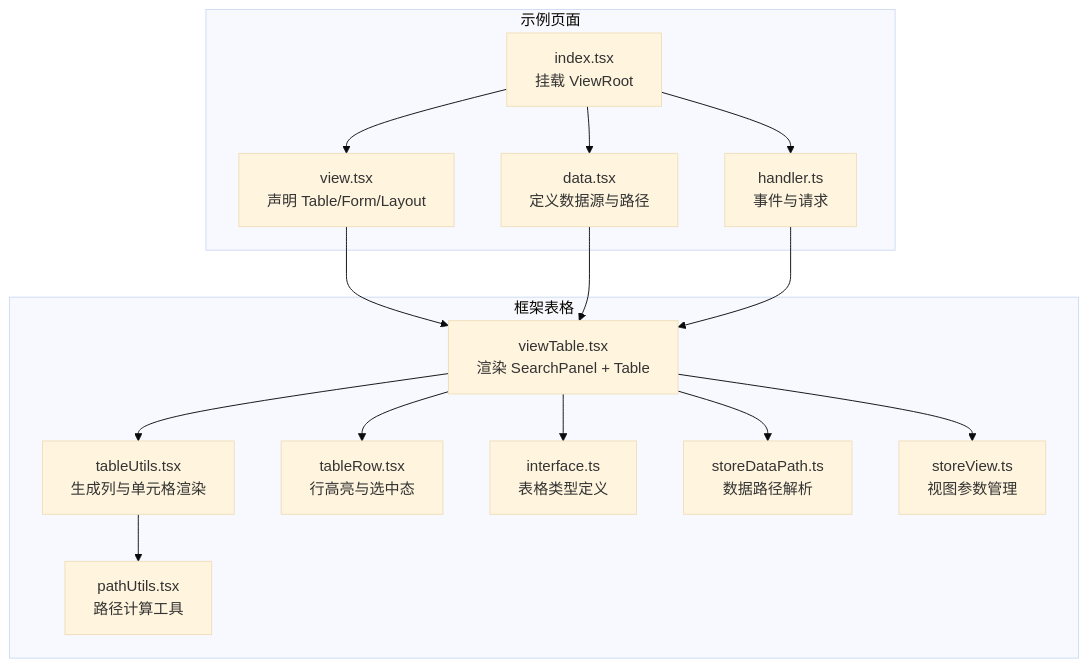
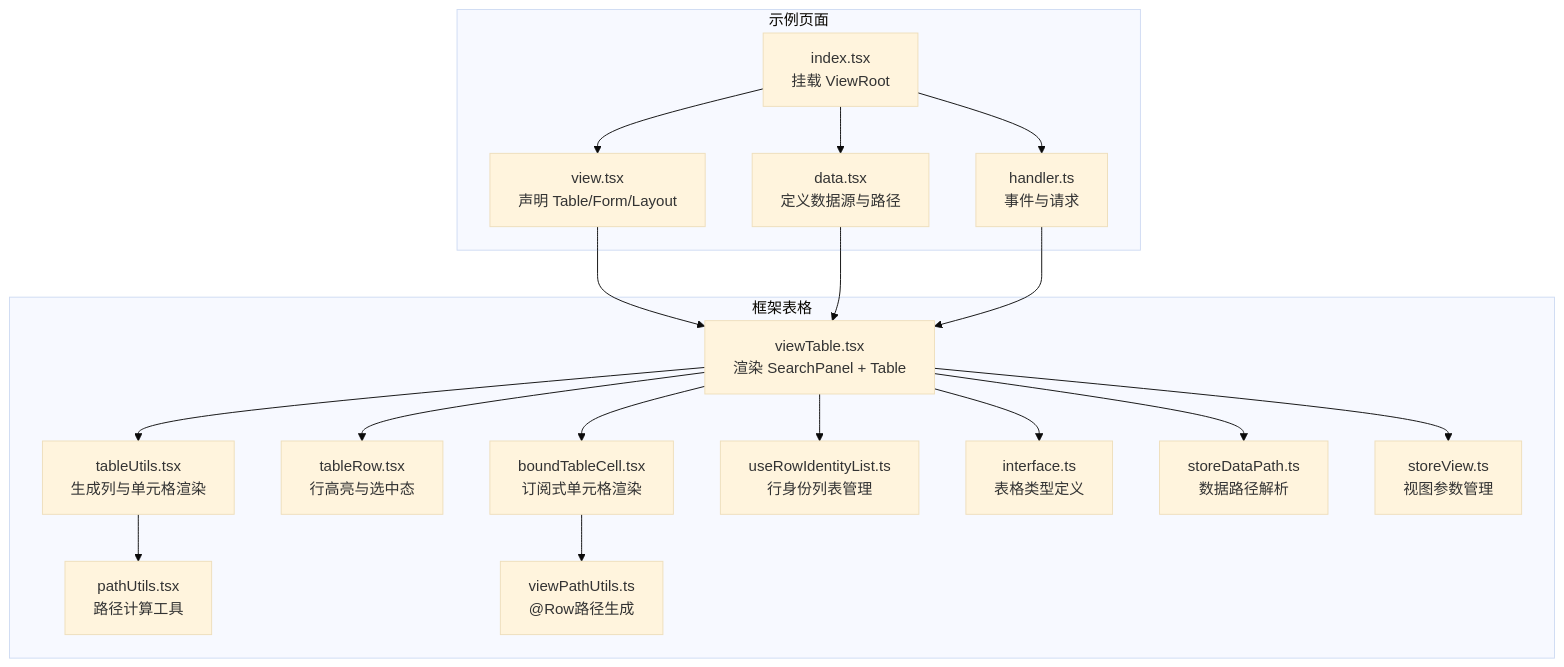
Before and after one commit to liqiongke/FrontArk: the first of 8 diagrams in .qoder/repowiki/zh/content/组件库/数据组件/表格组件.md, drawn with Mermaid (base theme). The commit also changed other lines of this file and 20 other files, not shown here.

````diff
--- a/.qoder/repowiki/zh/content/组件库/数据组件/表格组件.md
+++ b/.qoder/repowiki/zh/content/组件库/数据组件/表格组件.md
@@ -50,26 +54,32 @@
 ```mermaid
 graph TB
 subgraph "示例页面"
 A["index.tsx<br/>挂载 ViewRoot"] --> B["view.tsx<br/>声明 Table/Form/Layout"]
 A --> C["data.tsx<br/>定义数据源与路径"]
 A --> D["handler.ts<br/>事件与请求"]
 end
 subgraph "框架表格"
 E["viewTable.tsx<br/>渲染 SearchPanel + Table"]
 F["tableUtils.tsx<br/>生成列与单元格渲染"]
 G["tableRow.tsx<br/>行高亮与选中态"]
-H["interface.ts<br/>表格类型定义"]
-I["pathUtils.tsx<br/>路径计算工具"]
-J["storeDataPath.ts<br/>数据路径解析"]
-K["storeView.ts<br/>视图参数管理"]
+H["boundTableCell.tsx<br/>订阅式单元格渲染"]
+I["useRowIdentityList.ts<br/>行身份列表管理"]
+J["interface.ts<br/>表格类型定义"]
+K["pathUtils.tsx<br/>路径计算工具"]
+L["storeDataPath.ts<br/>数据路径解析"]
+M["storeView.ts<br/>视图参数管理"]
+N["viewPathUtils.ts<br/>@Row路径生成"]
 end
 B --> E
 C --> E
 D --> E
 E --> F
 E --> G
 E --> H
-F --> I
+E --> I
 E --> J
-E --> K
+F --> K
+E --> L
+E --> M
+H --> N
 ```
````
